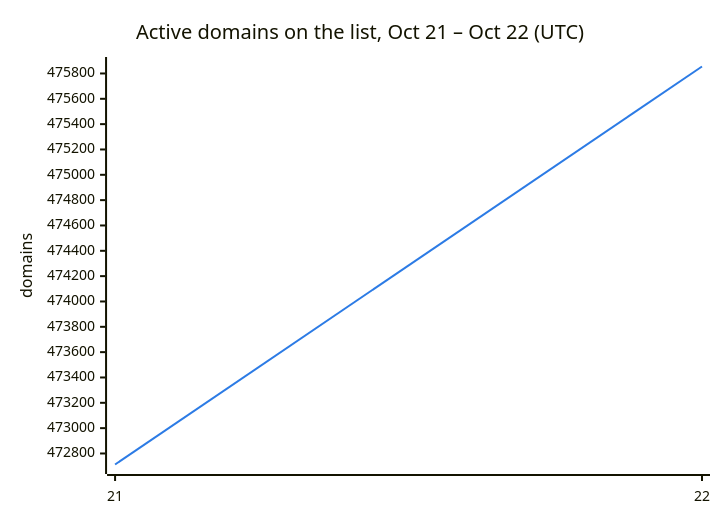
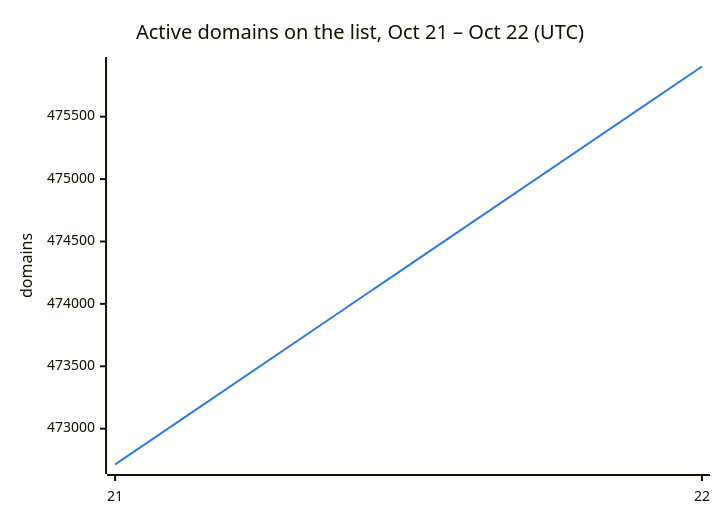
Before and after one commit to DNSBunker/CTI: the second of 3 diagrams in README.md, drawn with Mermaid. The commit also changed other lines of this file and 3 other files, not shown here.

````diff
--- a/README.md
+++ b/README.md
@@ -38,8 +38,8 @@
 ```mermaid
 %%{init: {"themeVariables": {"xyChart": {"plotColorPalette": "#2c7be5"}}}}%%
 xychart-beta
     title "Active domains on the list, Oct 21 – Oct 22 (UTC)"
     x-axis ["21", "22"]
     y-axis "domains"
-    line [472713, 475855]
+    line [472713, 475902]
 ```
````
